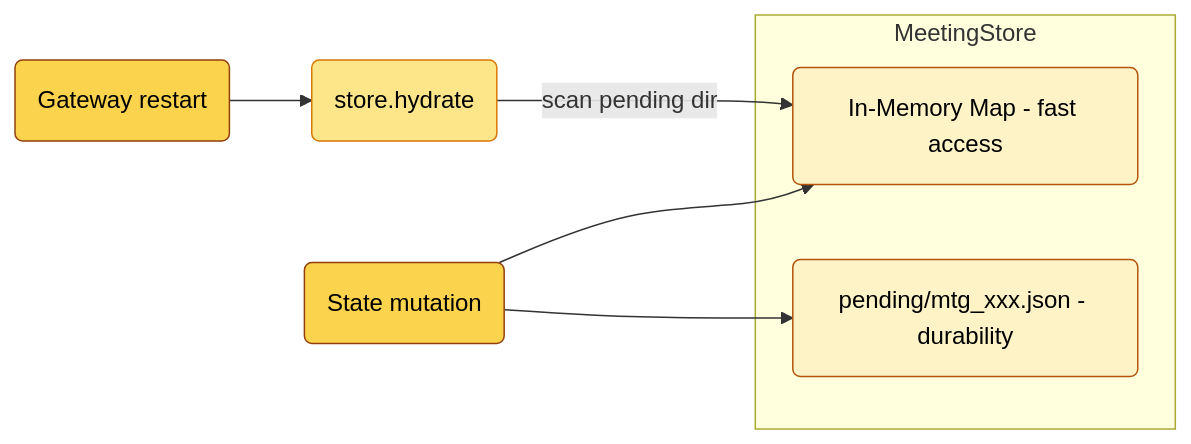
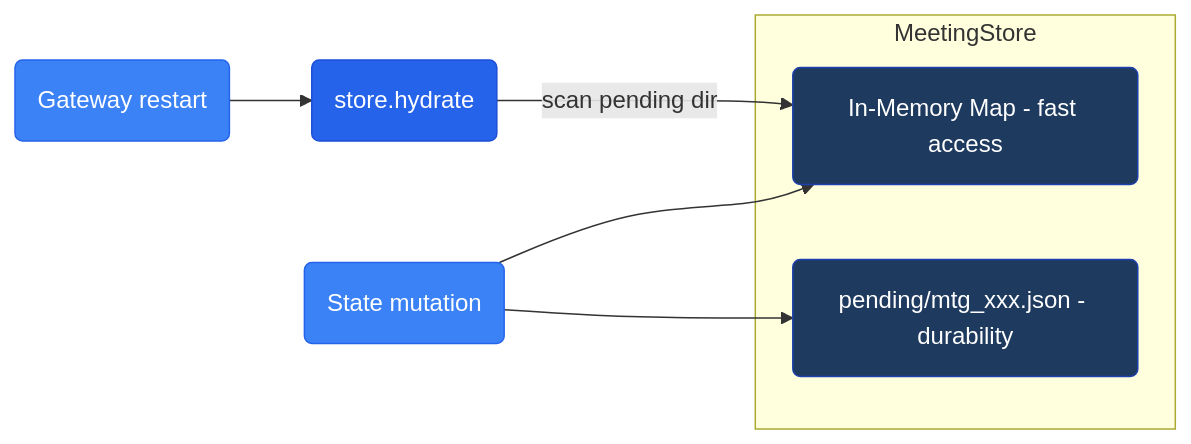
The tenth of 13 diagrams in README.md (javana3/claw_meeting_all), drawn with Mermaid before and after one commit. The commit also changed other lines of this file, not shown here.

Commit message:
Modernize diagrams with blue tech color scheme

````diff
--- a/README.md
+++ b/README.md
@@ -387,18 +387,18 @@
 ```mermaid
 graph LR
     subgraph "MeetingStore"
         MAP(In-Memory Map - fast access)
         FS(pending/mtg_xxx.json - durability)
     end
 
     WRITE(State mutation) --> MAP
     WRITE --> FS
     RESTART(Gateway restart) --> HYDRATE(store.hydrate)
     HYDRATE -->|scan pending dir| MAP
 
-    style MAP fill:#fef3c7,stroke:#b45309,color:#000
-    style FS fill:#fef3c7,stroke:#b45309,color:#000
-    style HYDRATE fill:#fde68a,stroke:#d97706,color:#000
-    style WRITE fill:#fcd34d,stroke:#92400e,color:#000
-    style RESTART fill:#fcd34d,stroke:#92400e,color:#000
+    style MAP fill:#1e3a5f,stroke:#1e40af,color:#fff
+    style FS fill:#1e3a5f,stroke:#1e40af,color:#fff
+    style HYDRATE fill:#2563eb,stroke:#1d4ed8,color:#fff
+    style WRITE fill:#3b82f6,stroke:#2563eb,color:#fff
+    style RESTART fill:#3b82f6,stroke:#2563eb,color:#fff
 ```
````
